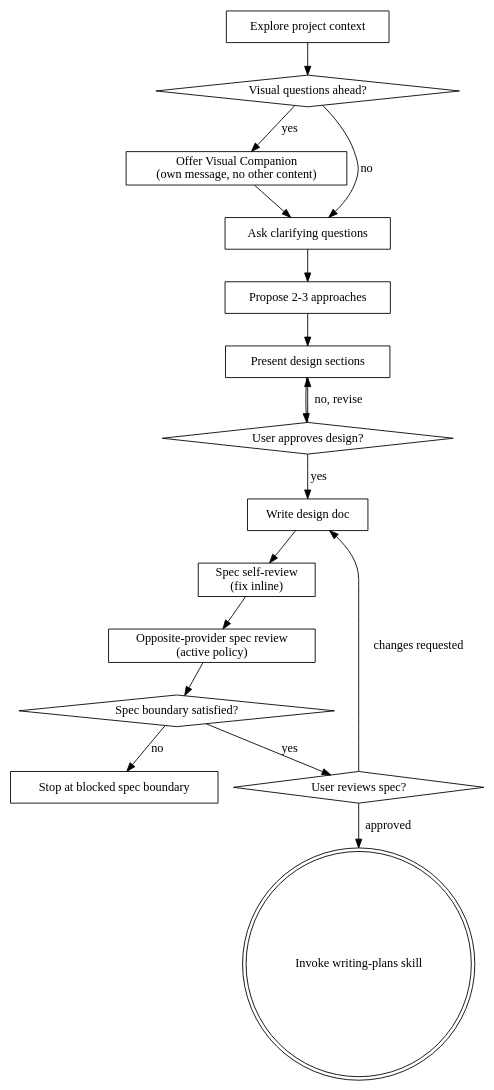
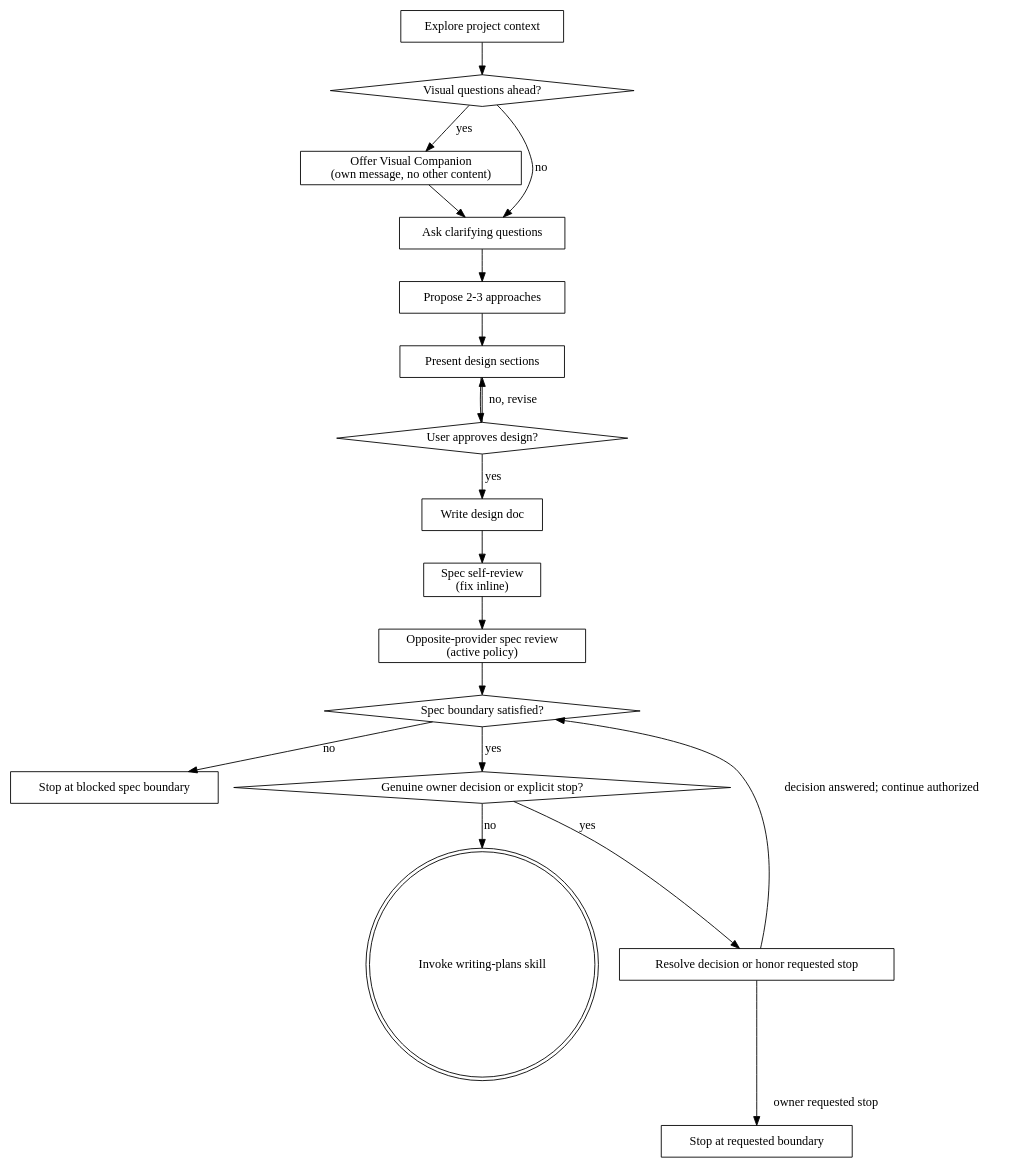
The diagram in skills/brainstorming/SKILL.md (jjanyan/joshix), drawn with Graphviz before and after one commit. The commit also changed other lines of this file and 47 other files, not shown here.

````diff
--- a/skills/brainstorming/SKILL.md
+++ b/skills/brainstorming/SKILL.md
@@ -72,35 +80,39 @@
 ```dot
 digraph brainstorming {
     "Explore project context" [shape=box];
     "Visual questions ahead?" [shape=diamond];
     "Offer Visual Companion\n(own message, no other content)" [shape=box];
     "Ask clarifying questions" [shape=box];
     "Propose 2-3 approaches" [shape=box];
     "Present design sections" [shape=box];
     "User approves design?" [shape=diamond];
     "Write design doc" [shape=box];
     "Spec self-review\n(fix inline)" [shape=box];
     "Opposite-provider spec review\n(active policy)" [shape=box];
     "Spec boundary satisfied?" [shape=diamond];
     "Stop at blocked spec boundary" [shape=box];
-    "User reviews spec?" [shape=diamond];
+    "Genuine owner decision or explicit stop?" [shape=diamond];
+    "Resolve decision or honor requested stop" [shape=box];
+    "Stop at requested boundary" [shape=box];
     "Invoke writing-plans skill" [shape=doublecircle];
 
     "Explore project context" -> "Visual questions ahead?";
     "Visual questions ahead?" -> "Offer Visual Companion\n(own message, no other content)" [label="yes"];
     "Visual questions ahead?" -> "Ask clarifying questions" [label="no"];
     "Offer Visual Companion\n(own message, no other content)" -> "Ask clarifying questions";
     "Ask clarifying questions" -> "Propose 2-3 approaches";
     "Propose 2-3 approaches" -> "Present design sections";
     "Present design sections" -> "User approves design?";
     "User approves design?" -> "Present design sections" [label="no, revise"];
     "User approves design?" -> "Write design doc" [label="yes"];
     "Write design doc" -> "Spec self-review\n(fix inline)";
     "Spec self-review\n(fix inline)" -> "Opposite-provider spec review\n(active policy)";
     "Opposite-provider spec review\n(active policy)" -> "Spec boundary satisfied?";
-    "Spec boundary satisfied?" -> "User reviews spec?" [label="yes"];
+    "Spec boundary satisfied?" -> "Genuine owner decision or explicit stop?" [label="yes"];
     "Spec boundary satisfied?" -> "Stop at blocked spec boundary" [label="no"];
-    "User reviews spec?" -> "Write design doc" [label="changes requested"];
-    "User reviews spec?" -> "Invoke writing-plans skill" [label="approved"];
+    "Genuine owner decision or explicit stop?" -> "Resolve decision or honor requested stop" [label="yes"];
+    "Genuine owner decision or explicit stop?" -> "Invoke writing-plans skill" [label="no"];
+    "Resolve decision or honor requested stop" -> "Spec boundary satisfied?" [label="decision answered; continue authorized"];
+    "Resolve decision or honor requested stop" -> "Stop at requested boundary" [label="owner requested stop"];
 }
 ```
````
